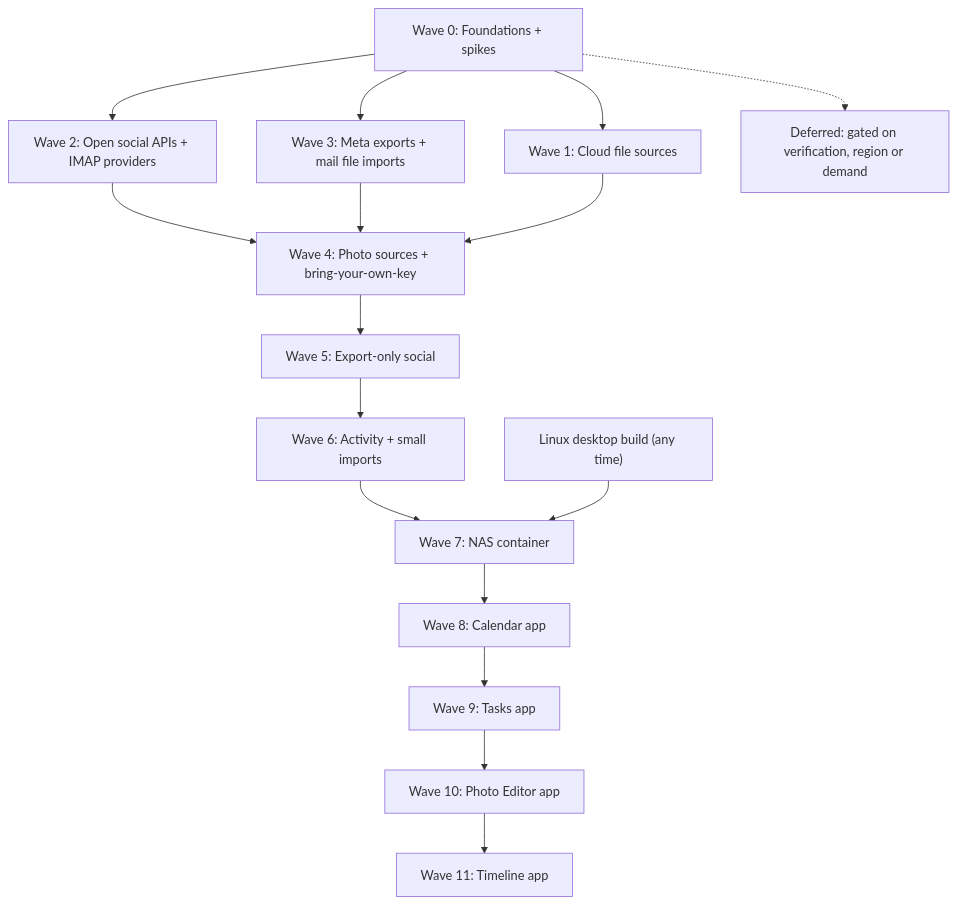
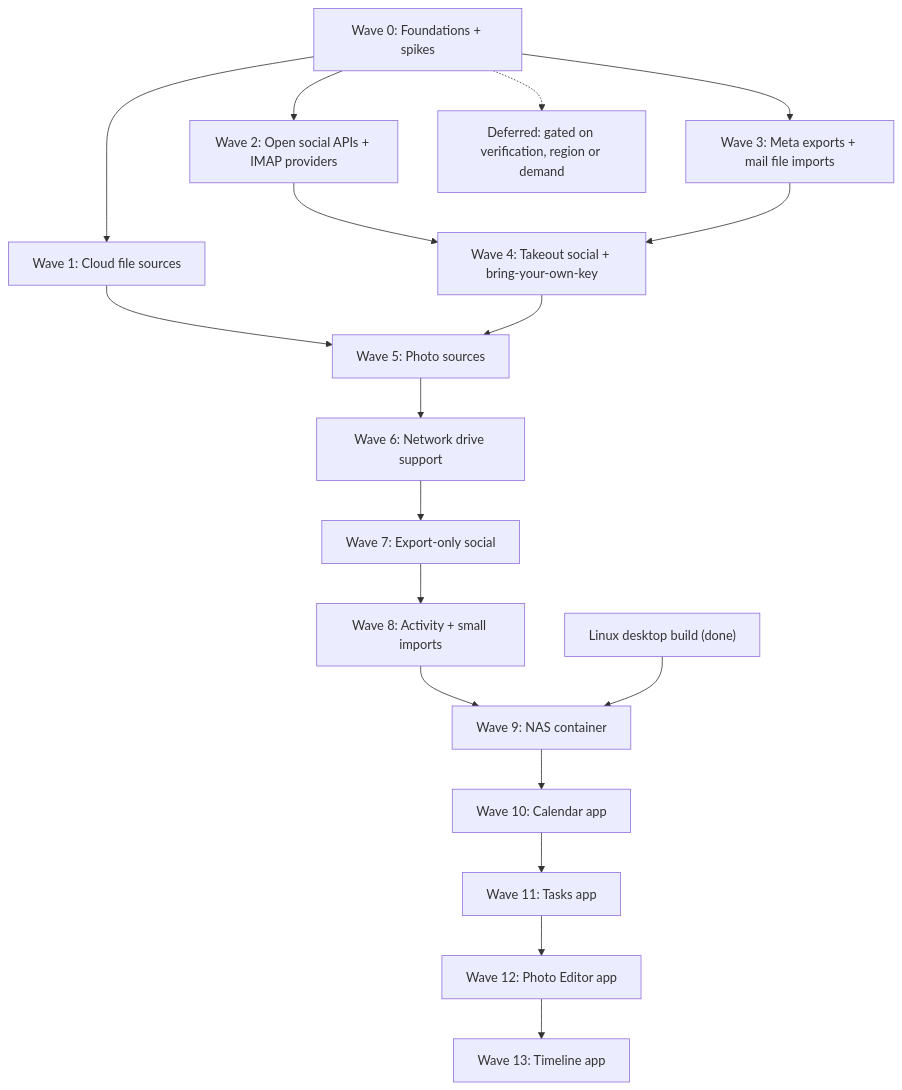
One commit to XDT-Labs/mydatastudio changed the diagram in docs/RELEASE-PLAN.md. Above: the diagram before and after it, drawn with Mermaid. The commit also changed other lines of this file and 15 other files, not shown here.

First line of the commit message:
docs: add the Photos collection type and resequence the release waves

````diff
--- a/docs/RELEASE-PLAN.md
+++ b/docs/RELEASE-PLAN.md
@@ -14,32 +14,36 @@
 ```mermaid
 flowchart TD
   W0["Wave 0: Foundations + spikes"]
   W1["Wave 1: Cloud file sources"]
   W2["Wave 2: Open social APIs + IMAP providers"]
   W3["Wave 3: Meta exports + mail file imports"]
-  W4["Wave 4: Photo sources + bring-your-own-key"]
-  W5["Wave 5: Export-only social"]
-  W6["Wave 6: Activity + small imports"]
-  W7["Wave 7: NAS container"]
-  W8["Wave 8: Calendar app"]
-  W9["Wave 9: Tasks app"]
-  W10["Wave 10: Photo Editor app"]
-  W11["Wave 11: Timeline app"]
-  LX["Linux desktop build (any time)"]
+  W4["Wave 4: Takeout social + bring-your-own-key"]
+  W5["Wave 5: Photo sources"]
+  W6["Wave 6: Network drive support"]
+  W7["Wave 7: Export-only social"]
+  W8["Wave 8: Activity + small imports"]
+  W9["Wave 9: NAS container"]
+  W10["Wave 10: Calendar app"]
+  W11["Wave 11: Tasks app"]
+  W12["Wave 12: Photo Editor app"]
+  W13["Wave 13: Timeline app"]
+  LX["Linux desktop build (done)"]
   D["Deferred: gated on verification, region or demand"]
   W0 --> W1
   W0 --> W2
   W2 --> W4
   W0 --> W3
   W3 --> W4
-  W1 --> W4
+  W1 --> W5
   W4 --> W5
   W5 --> W6
   W6 --> W7
-  LX --> W7
   W7 --> W8
   W8 --> W9
+  LX --> W9
   W9 --> W10
   W10 --> W11
+  W11 --> W12
+  W12 --> W13
   W0 -.-> D
 ```
````
